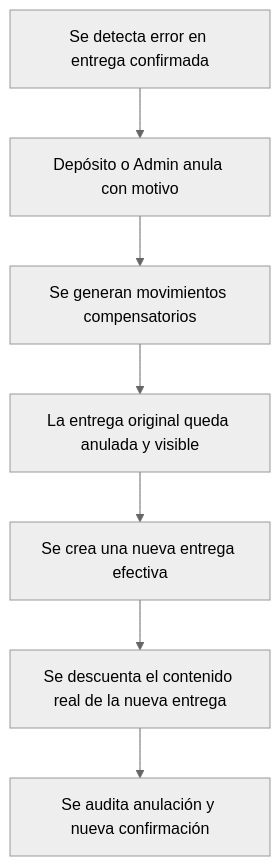
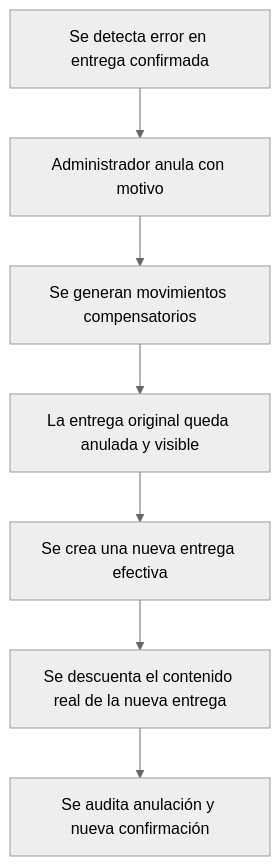
The ninth of 9 diagrams in docs/05-FLUJOS-DE-PROCESOS.md (MuniSanBenito/SIGAS), drawn with Mermaid (neutral theme) before and after one commit. The commit also changed other lines of this file and 21 other files, not shown here.

Commit message:
feat: rename roles from "Depósito/Gestión de grupos" to "Control de stock/Administración" and restrict delivery confirmation to admin

````diff
--- a/docs/05-FLUJOS-DE-PROCESOS.md
+++ b/docs/05-FLUJOS-DE-PROCESOS.md
@@ -141,9 +141,9 @@
 ```mermaid
 flowchart TD
-    A[Se detecta error en entrega confirmada] --> B[Depósito o Admin anula con motivo]
+    A[Se detecta error en entrega confirmada] --> B[Administrador anula con motivo]
     B --> C[Se generan movimientos compensatorios]
     C --> D[La entrega original queda anulada y visible]
     D --> E[Se crea una nueva entrega efectiva]
     E --> F[Se descuenta el contenido real de la nueva entrega]
     F --> G[Se audita anulación y nueva confirmación]
 ```
````
